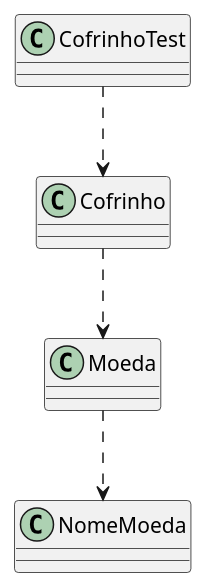
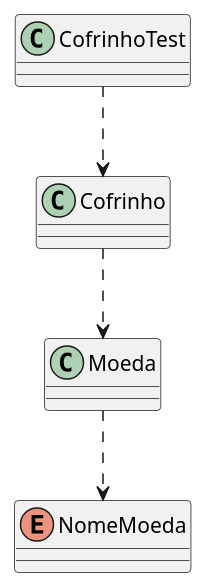
The diagram in day05/cofrinho.puml (masmangan/verbose-pancake), drawn with PlantUML before and after one commit.

```diff
--- a/day05/cofrinho.puml
+++ b/day05/cofrinho.puml
@@ -1,10 +1,10 @@
 @startuml
 class Cofrinho
 class CofrinhoTest
-class NomeMoeda
+enum NomeMoeda
 class Moeda
 
 Cofrinho ..> Moeda
 Moeda ..> NomeMoeda
 CofrinhoTest ..> Cofrinho
 @enduml
```
